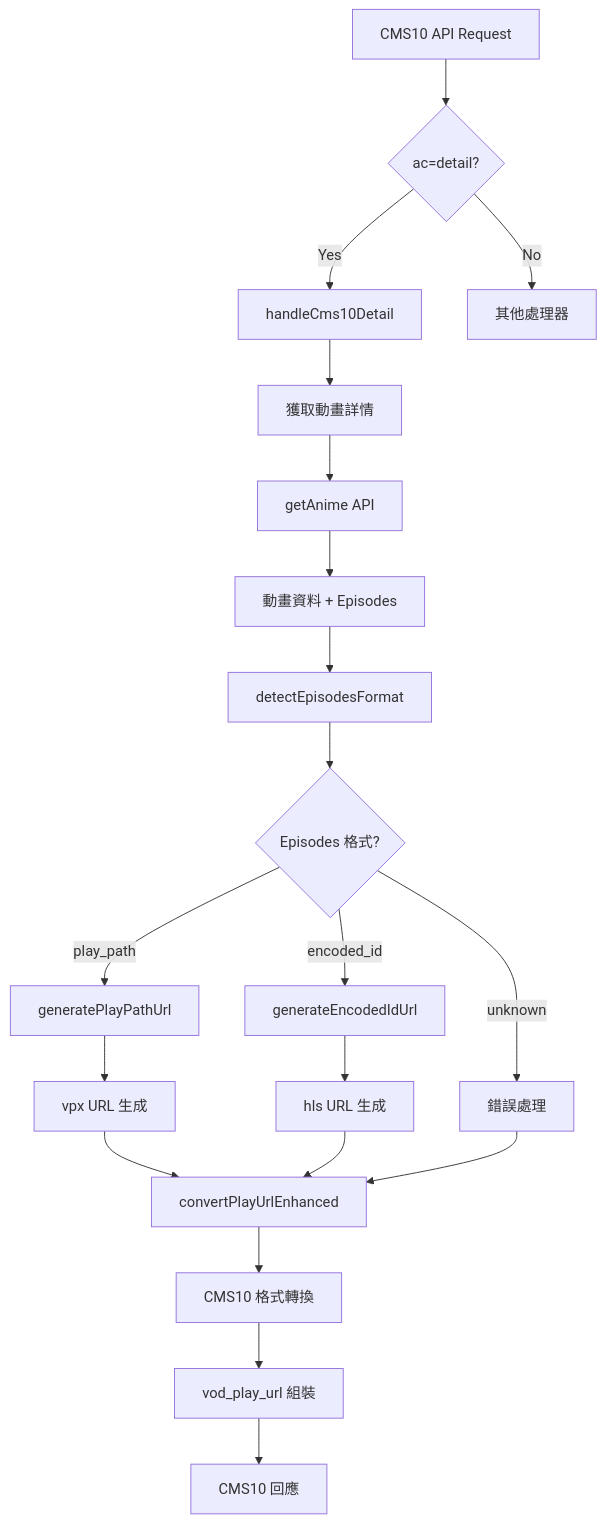
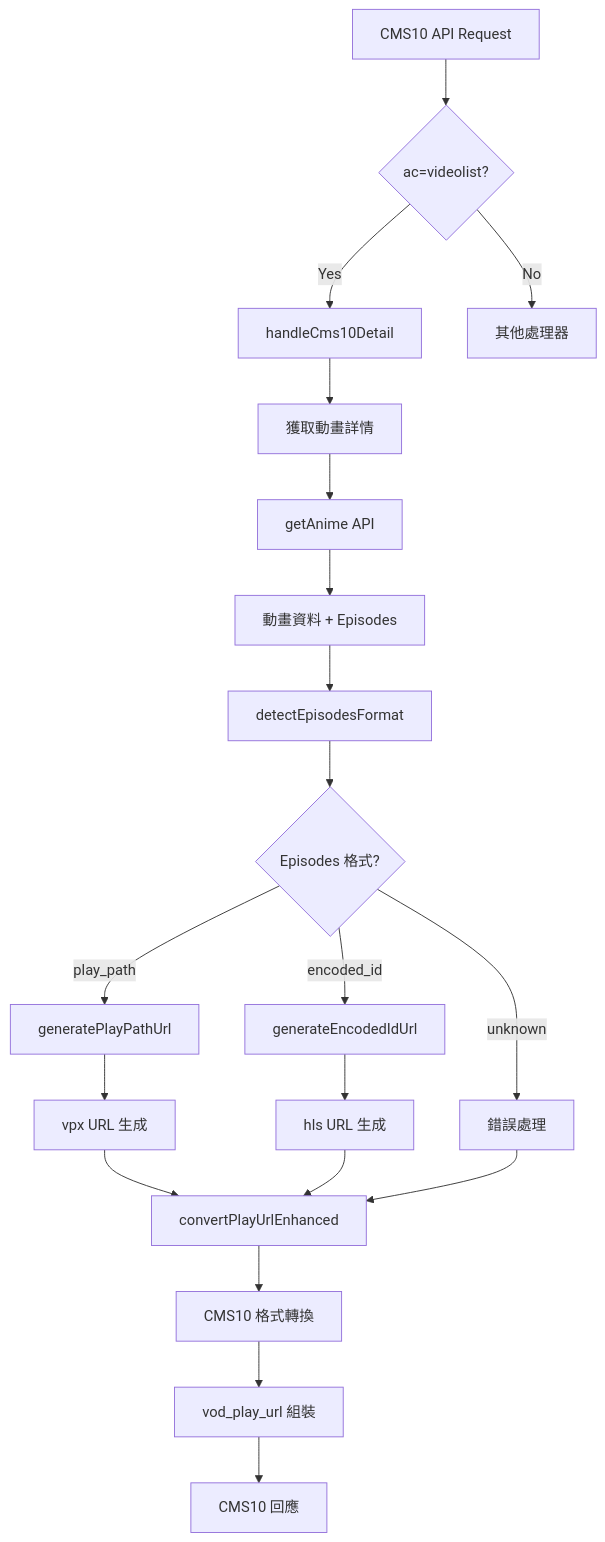
The first of 3 diagrams in cms10-phase2-architecture.md (vanisoul/Myself-BBS-API), drawn with Mermaid before and after one commit. The commit also changed other lines of this file and 18 other files, not shown here.

First line of the commit message:
Refactor CMS10 API to unify video detail retrieval under 'videolist' endpoint

````diff
--- a/cms10-phase2-architecture.md
+++ b/cms10-phase2-architecture.md
@@ -5,28 +5,28 @@
 ```mermaid
 graph TD
-    A[CMS10 API Request] --> B{ac=detail?}
+    A[CMS10 API Request] --> B{ac=videolist?}
     B -->|Yes| C[handleCms10Detail]
     B -->|No| D[其他處理器]
 
     C --> E[獲取動畫詳情]
     E --> F[getAnime API]
     F --> G[動畫資料 + Episodes]
 
     G --> H[detectEpisodesFormat]
     H --> I{Episodes 格式?}
 
     I -->|play_path| J[generatePlayPathUrl]
     I -->|encoded_id| K[generateEncodedIdUrl]
     I -->|unknown| L[錯誤處理]
 
     J --> M[vpx URL 生成]
     K --> N[hls URL 生成]
 
     M --> O[convertPlayUrlEnhanced]
     N --> O
     L --> O
 
     O --> P[CMS10 格式轉換]
     P --> Q[vod_play_url 組裝]
     Q --> R[CMS10 回應]
 ```
````
